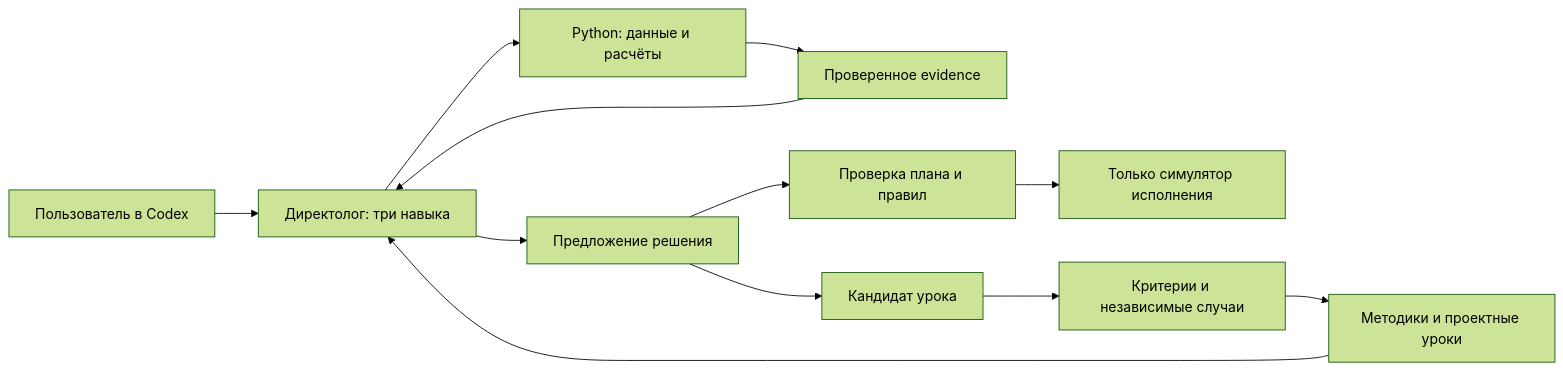
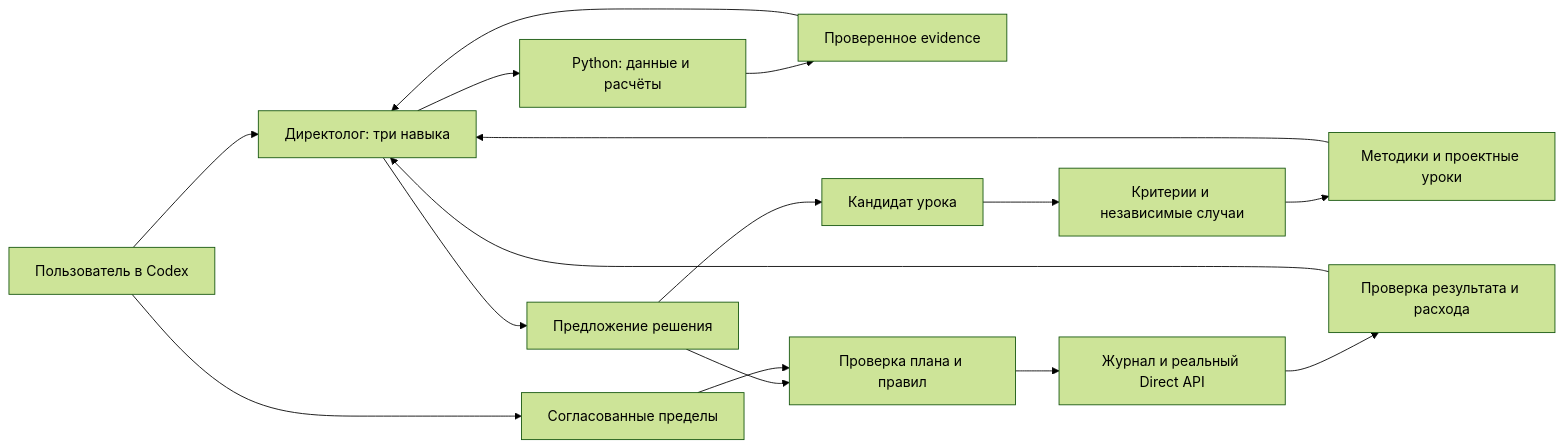
Before and after one commit to Sovetov-AS/directologist-v2: the diagram in README.md, drawn with Mermaid (forest theme). The commit also changed other lines of this file and 32 other files, not shown here.

````diff
--- a/README.md
+++ b/README.md
@@ -86,14 +97,18 @@
 ```mermaid
 flowchart LR
     U[Пользователь в Codex] --> S[Директолог: три навыка]
     K[Методики и проектные уроки] --> S
     S --> T[Python: данные и расчёты]
     T --> E[Проверенное evidence]
     E --> S
     S --> D[Предложение решения]
     D --> P[Проверка плана и правил]
-    P --> X[Только симулятор исполнения]
+    P --> X[Журнал и реальный Direct API]
+    U --> G[Согласованные пределы]
+    G --> P
+    X --> O[Проверка результата и расхода]
+    O --> S
     D --> L[Кандидат урока]
     L --> V[Критерии и независимые случаи]
     V --> K
 ```
````
